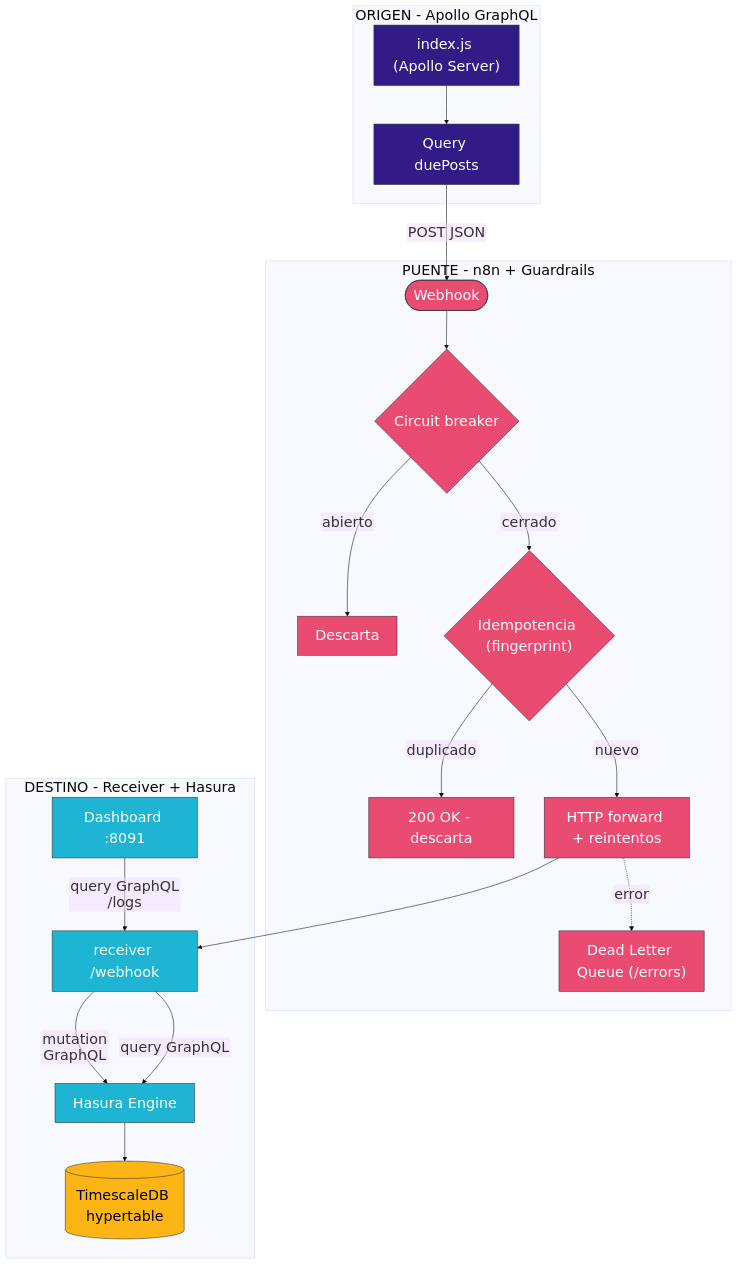
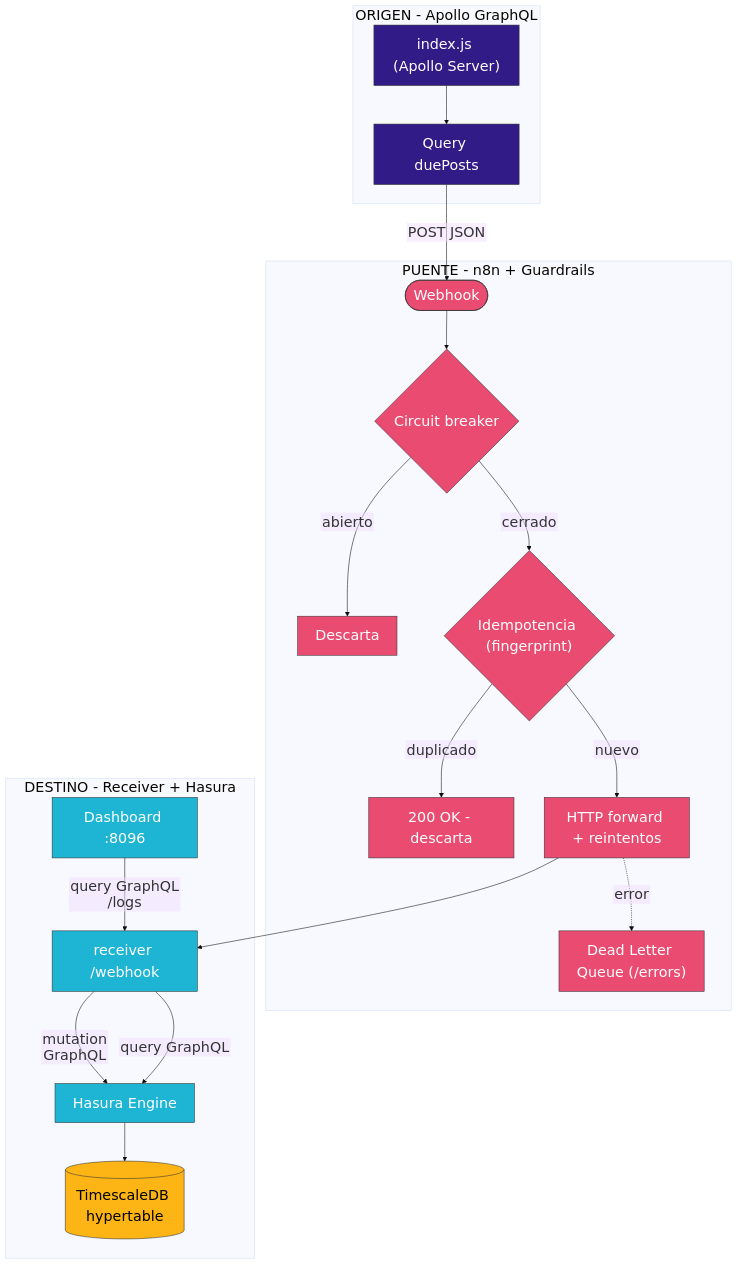
The first of 2 diagrams in cases/16-graphql-to-hasura/ARCHITECTURE.md (vladimiracunadev-create/social-bot-scheduler), drawn with Mermaid before and after one commit. The commit also changed other lines of this file and 26 other files, not shown here.

````diff
--- a/cases/16-graphql-to-hasura/ARCHITECTURE.md
+++ b/cases/16-graphql-to-hasura/ARCHITECTURE.md
@@ -30,35 +30,35 @@
 ```mermaid
 %%{init: {'theme':'base','themeVariables':{'fontSize':'26px','fontFamily':'Segoe UI, Arial, sans-serif'},'flowchart':{'useMaxWidth':true,'htmlLabels':false,'nodeSpacing':55,'rankSpacing':70,'padding':16,'diagramPadding':16}}}%%
 flowchart TB
     subgraph ORIGIN["ORIGEN - Apollo GraphQL"]
         A["index.js (Apollo Server)"] --> Q["Query duePosts"]
     end
 
     subgraph BRIDGE["PUENTE - n8n + Guardrails"]
         C(["Webhook"]) --> CB{"Circuit breaker"}
         CB -->|abierto| STOP["Descarta"]
         CB -->|cerrado| IDEM{"Idempotencia (fingerprint)"}
         IDEM -->|duplicado| DISCARD["200 OK - descarta"]
         IDEM -->|nuevo| FWD["HTTP forward + reintentos"]
         FWD -.->|error| DLQ["Dead Letter Queue (/errors)"]
     end
 
     subgraph DEST["DESTINO - Receiver + Hasura"]
         FWD --> R["receiver /webhook"]
         R -->|mutation GraphQL| H["Hasura Engine"]
         H --> DB[("TimescaleDB hypertable")]
-        DASH["Dashboard :8091"] -->|query GraphQL /logs| R
+        DASH["Dashboard :8096"] -->|query GraphQL /logs| R
         R -->|query GraphQL| H
     end
 
     Q -->|POST JSON| C
 
     classDef origin fill:#311C87,stroke:#333,color:#fff
     classDef bridge fill:#EA4B71,stroke:#333,color:#fff
     classDef dest fill:#1EB4D4,stroke:#333,color:#fff
     classDef db fill:#FDB515,stroke:#333,color:#000
     class A,Q origin
     class C,CB,IDEM,FWD,DLQ,DISCARD,STOP bridge
     class R,H,DASH dest
     class DB db
 ```
````
